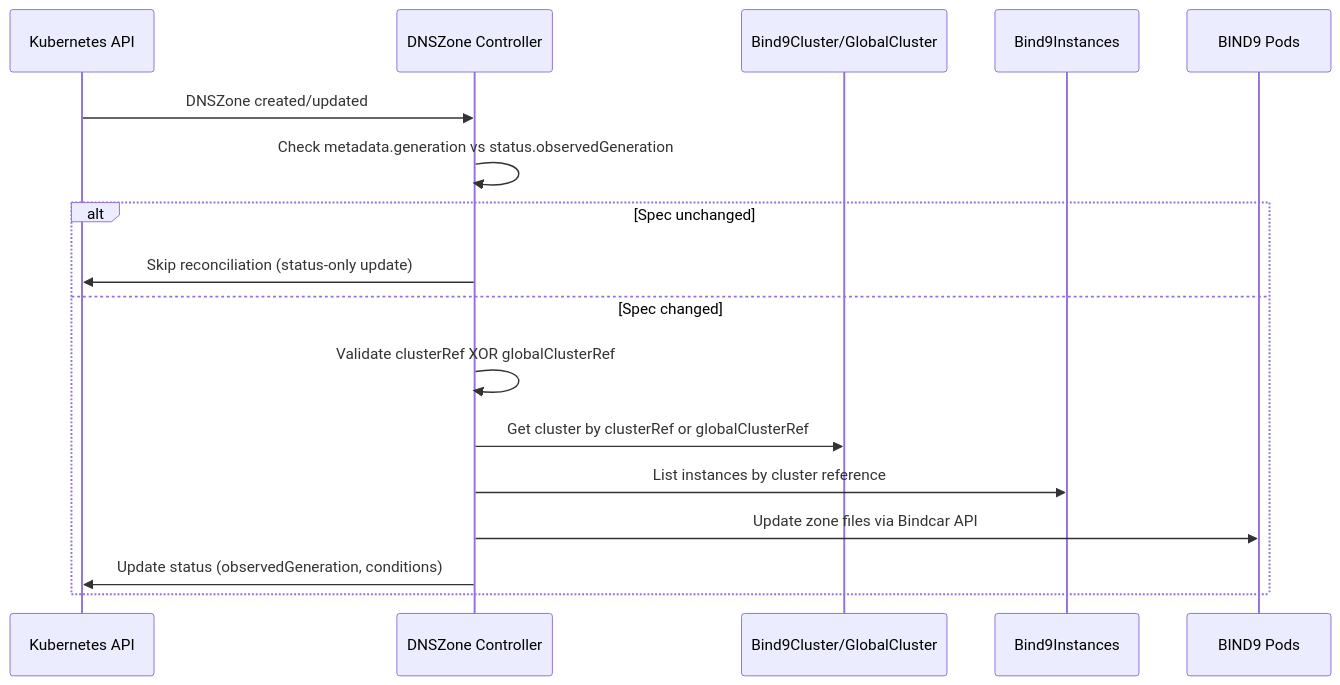
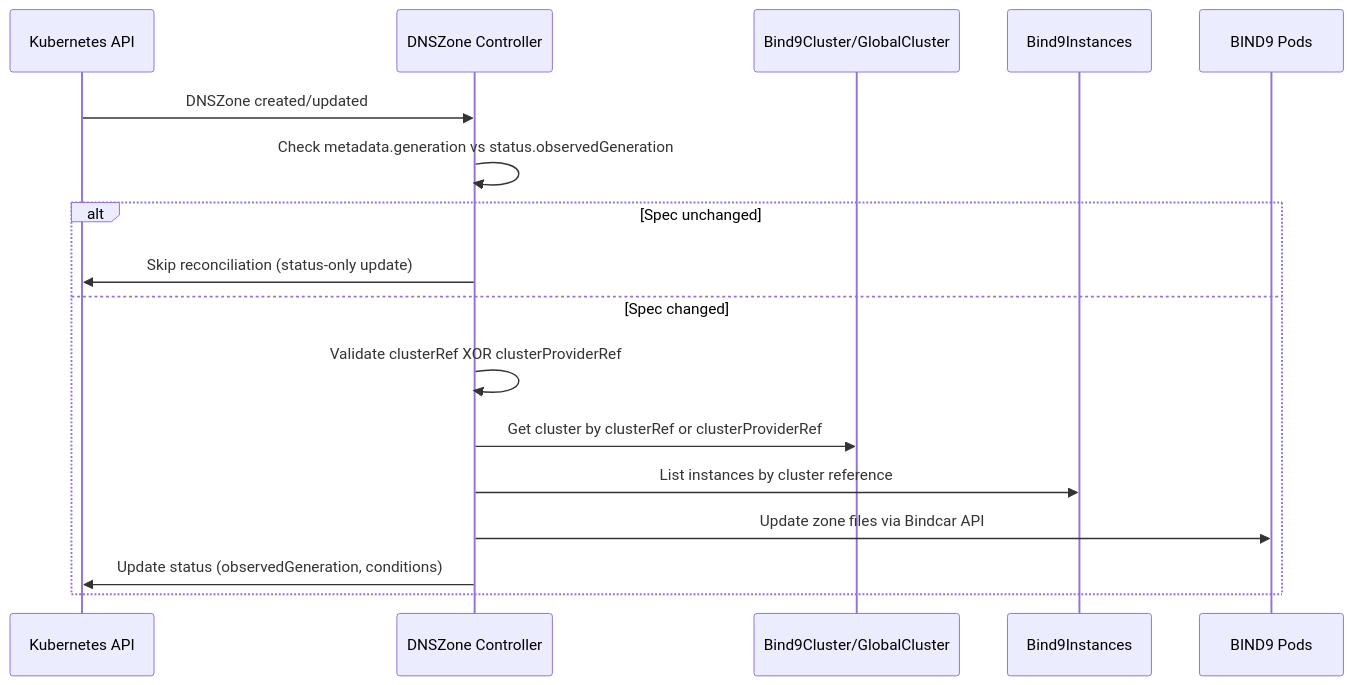
One commit to firestoned/bindy changed the fourth of 9 diagrams in docs/src/guide/architecture.md. Above: the diagram before and after it, drawn with Mermaid. The commit also changed other lines of this file and 42 other files, not shown here.

Commit message:
Major: rename CRD Bind9GlobalCluster to ClusterBind9Provider

````diff
--- a/docs/src/guide/architecture.md
+++ b/docs/src/guide/architecture.md
@@ -182,20 +182,20 @@
 ```mermaid
 sequenceDiagram
     participant K8s as Kubernetes API
     participant Controller as DNSZone Controller
     participant Cluster as Bind9Cluster/GlobalCluster
     participant Instances as Bind9Instances
     participant BIND9 as BIND9 Pods
 
     K8s->>Controller: DNSZone created/updated
     Controller->>Controller: Check metadata.generation vs status.observedGeneration
     alt Spec unchanged
         Controller->>K8s: Skip reconciliation (status-only update)
     else Spec changed
-        Controller->>Controller: Validate clusterRef XOR globalClusterRef
-        Controller->>Cluster: Get cluster by clusterRef or globalClusterRef
+        Controller->>Controller: Validate clusterRef XOR clusterProviderRef
+        Controller->>Cluster: Get cluster by clusterRef or clusterProviderRef
         Controller->>Instances: List instances by cluster reference
         Controller->>BIND9: Update zone files via Bindcar API
         Controller->>K8s: Update status (observedGeneration, conditions)
     end
 ```
````
